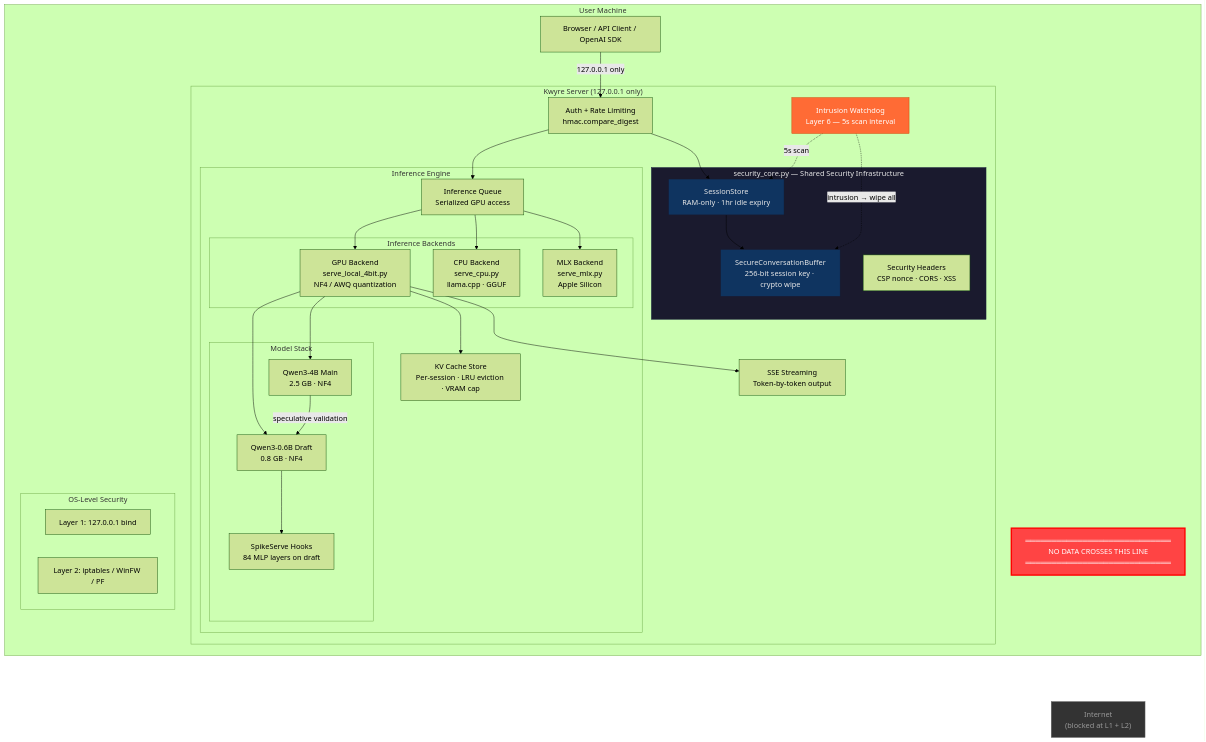
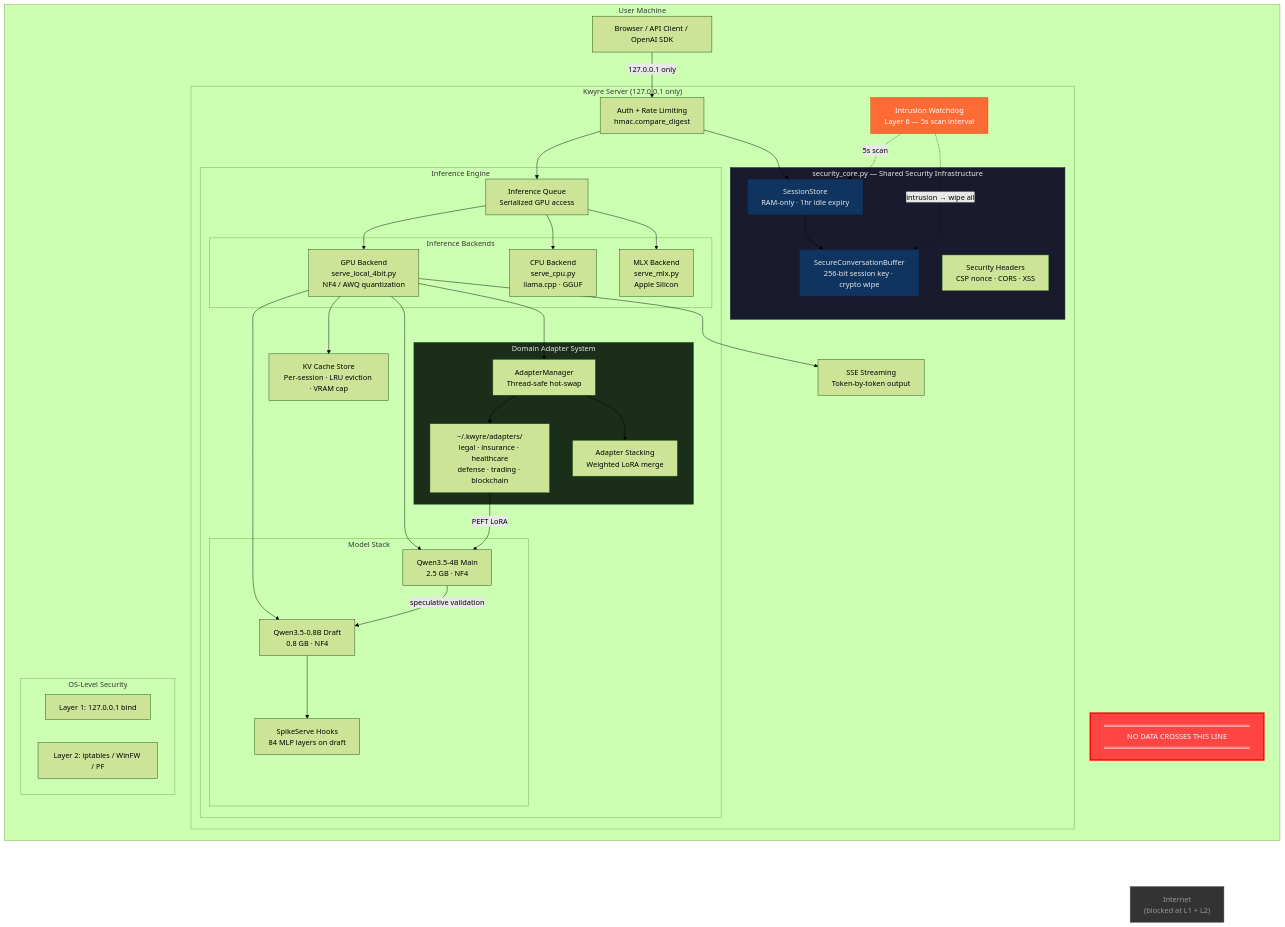
Before and after one commit to blablablasealsaresoft/kwyre-ai: the first of 4 diagrams in README.md, drawn with Mermaid (forest theme). The commit also changed other lines of this file and 21 other files, not shown here.

First line of the commit message:
﻿feat: v1.5 - domain adapters, model migration, batch training pipeline

````diff
--- a/README.md
+++ b/README.md
@@ -111,69 +154,80 @@
 ```mermaid
 graph TB
     subgraph USER_MACHINE["User Machine"]
         CLIENT["Browser / API Client / OpenAI SDK"]
 
         subgraph SERVER["Kwyre Server (127.0.0.1 only)"]
             AUTH["Auth + Rate Limiting<br/>hmac.compare_digest"]
             WATCHDOG["Intrusion Watchdog<br/>Layer 6 — 5s scan interval"]
 
             subgraph SECURITY_CORE["security_core.py — Shared Security Infrastructure"]
                 SESSION["SessionStore<br/>RAM-only · 1hr idle expiry"]
                 BUFFER["SecureConversationBuffer<br/>256-bit session key · crypto wipe"]
                 HEADERS["Security Headers<br/>CSP nonce · CORS · XSS"]
             end
 
             subgraph INFERENCE_ENGINE["Inference Engine"]
                 QUEUE["Inference Queue<br/>Serialized GPU access"]
                 KV["KV Cache Store<br/>Per-session · LRU eviction · VRAM cap"]
 
+                subgraph ADAPTER_SYSTEM["Domain Adapter System"]
+                    AMGR["AdapterManager<br/>Thread-safe hot-swap"]
+                    ADAPTERS["~/.kwyre/adapters/<br/>legal · insurance · healthcare<br/>defense · trading · blockchain"]
+                    STACK["Adapter Stacking<br/>Weighted LoRA merge"]
+                end
+
                 subgraph BACKENDS["Inference Backends"]
                     GPU["GPU Backend<br/>serve_local_4bit.py<br/>NF4 / AWQ quantization"]
                     CPU["CPU Backend<br/>serve_cpu.py<br/>llama.cpp · GGUF"]
                     MLX["MLX Backend<br/>serve_mlx.py<br/>Apple Silicon"]
                 end
 
                 subgraph MODELS["Model Stack"]
-                    MAIN["Qwen3-4B Main<br/>2.5 GB · NF4"]
-                    DRAFT["Qwen3-0.6B Draft<br/>0.8 GB · NF4"]
+                    MAIN["Qwen3.5-4B Main<br/>2.5 GB · NF4"]
+                    DRAFT["Qwen3.5-0.8B Draft<br/>0.8 GB · NF4"]
                     SPIKE["SpikeServe Hooks<br/>84 MLP layers on draft"]
                 end
             end
 
             STREAM["SSE Streaming<br/>Token-by-token output"]
         end
 
         subgraph OS_SECURITY["OS-Level Security"]
             L1["Layer 1: 127.0.0.1 bind"]
             L2["Layer 2: iptables / WinFW / PF"]
         end
 
         BARRIER["════════════════════════════<br/>NO DATA CROSSES THIS LINE<br/>════════════════════════════"]
     end
 
     INTERNET["Internet<br/>(blocked at L1 + L2)"]
 
     CLIENT -->|"127.0.0.1 only"| AUTH
     AUTH --> SESSION
     SESSION --> BUFFER
     AUTH --> QUEUE
     QUEUE --> GPU
     QUEUE --> CPU
     QUEUE --> MLX
     GPU --> MAIN
     GPU --> DRAFT
     DRAFT --> SPIKE
     MAIN -->|"speculative validation"| DRAFT
     GPU --> KV
     GPU --> STREAM
+    GPU --> AMGR
+    AMGR --> ADAPTERS
+    AMGR --> STACK
+    ADAPTERS -->|"PEFT LoRA"| MAIN
     WATCHDOG -.->|"5s scan"| SESSION
     WATCHDOG -.->|"intrusion → wipe all"| BUFFER
     BARRIER ~~~~ INTERNET
 
     style BARRIER fill:#ff4444,stroke:#ff0000,color:#fff,stroke-width:3px
     style INTERNET fill:#333,stroke:#666,color:#999
     style WATCHDOG fill:#ff6b35,stroke:#cc4400,color:#fff
     style SECURITY_CORE fill:#1a1a2e,stroke:#16213e,color:#e8e8e8
     style SESSION fill:#0f3460,stroke:#1a1a2e,color:#e8e8e8
     style BUFFER fill:#0f3460,stroke:#1a1a2e,color:#e8e8e8
+    style ADAPTER_SYSTEM fill:#1a2e1a,stroke:#2e5e2e,color:#e8e8e8
 ```
````
